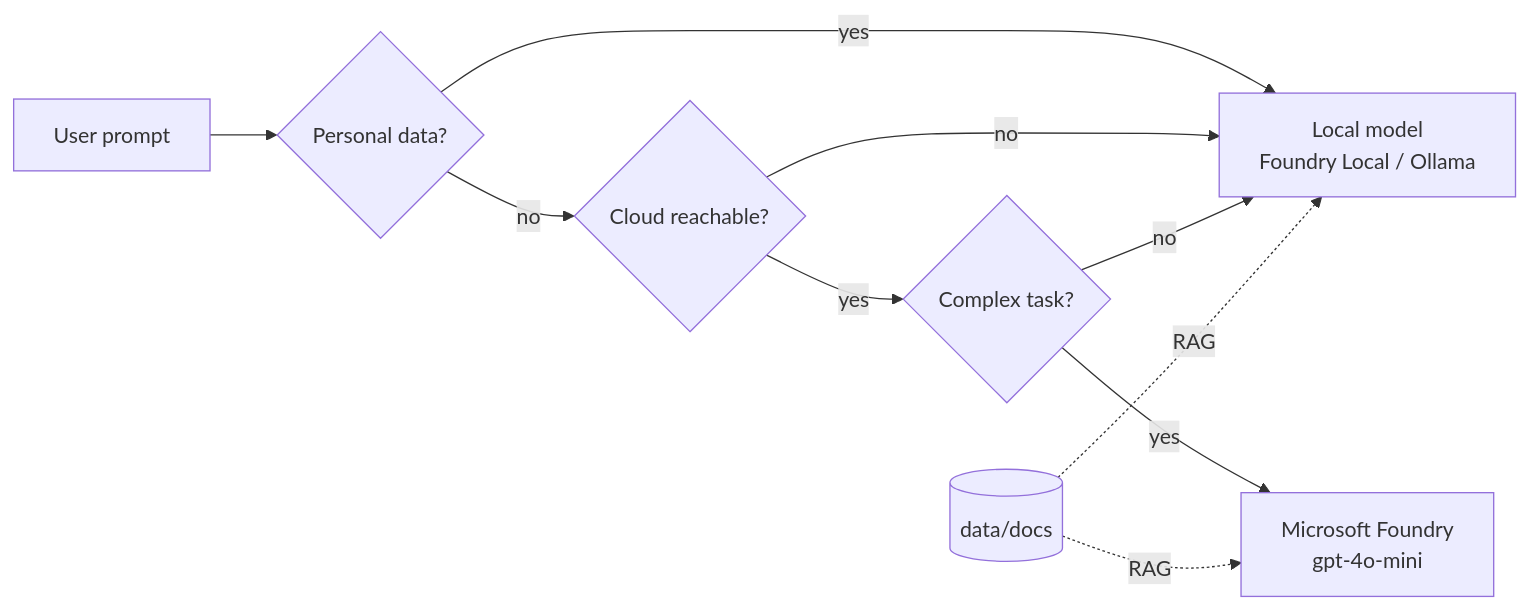
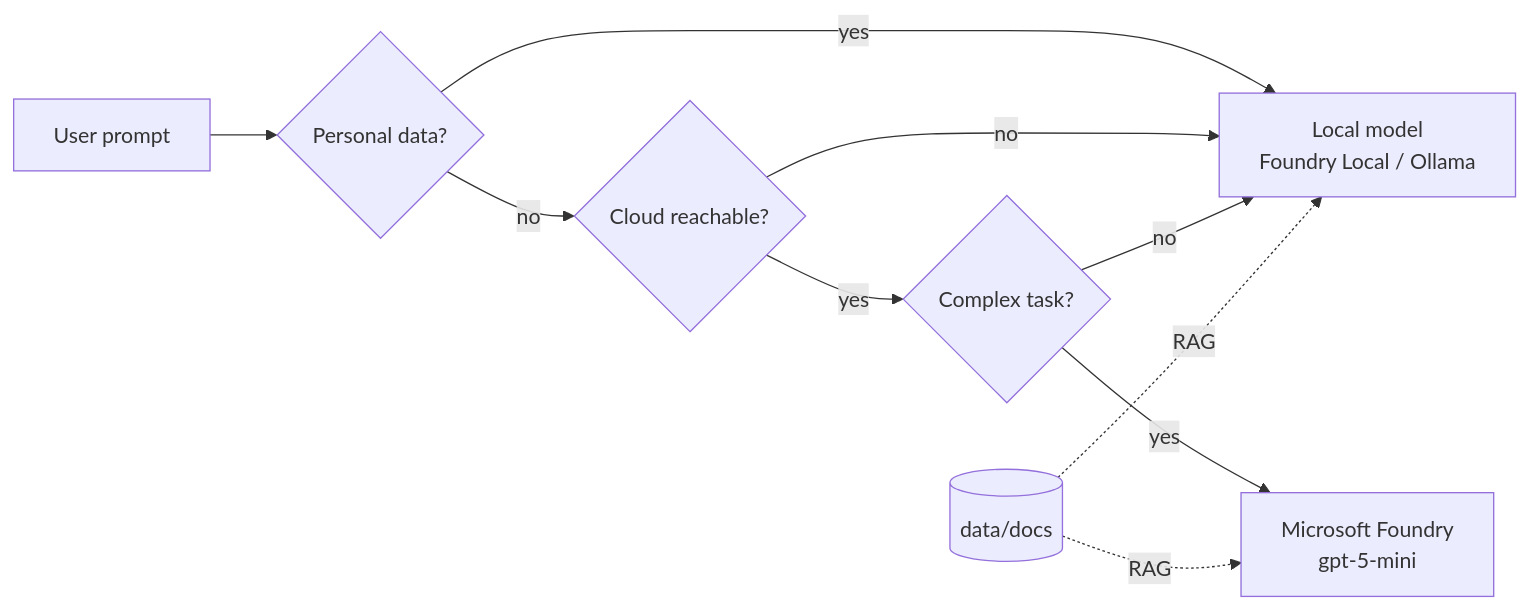
One commit to Malvine254/pycon-2026 changed the diagram in README.md. Above: the diagram before and after it, drawn with Mermaid. The commit also changed other lines of this file and 14 other files, not shown here.

````diff
--- a/README.md
+++ b/README.md
@@ -11,12 +11,12 @@
 ```mermaid
 flowchart LR
     U[User prompt] --> P{Personal data?}
     P -- yes --> L[Local model<br/>Foundry Local / Ollama]
     P -- no --> N{Cloud reachable?}
     N -- no --> L
     N -- yes --> C{Complex task?}
-    C -- yes --> F[Microsoft Foundry<br/>gpt-4o-mini]
+    C -- yes --> F[Microsoft Foundry<br/>gpt-5-mini]
     C -- no --> L
     D[(data/docs)] -. RAG .-> L
     D -. RAG .-> F
 ```
````
